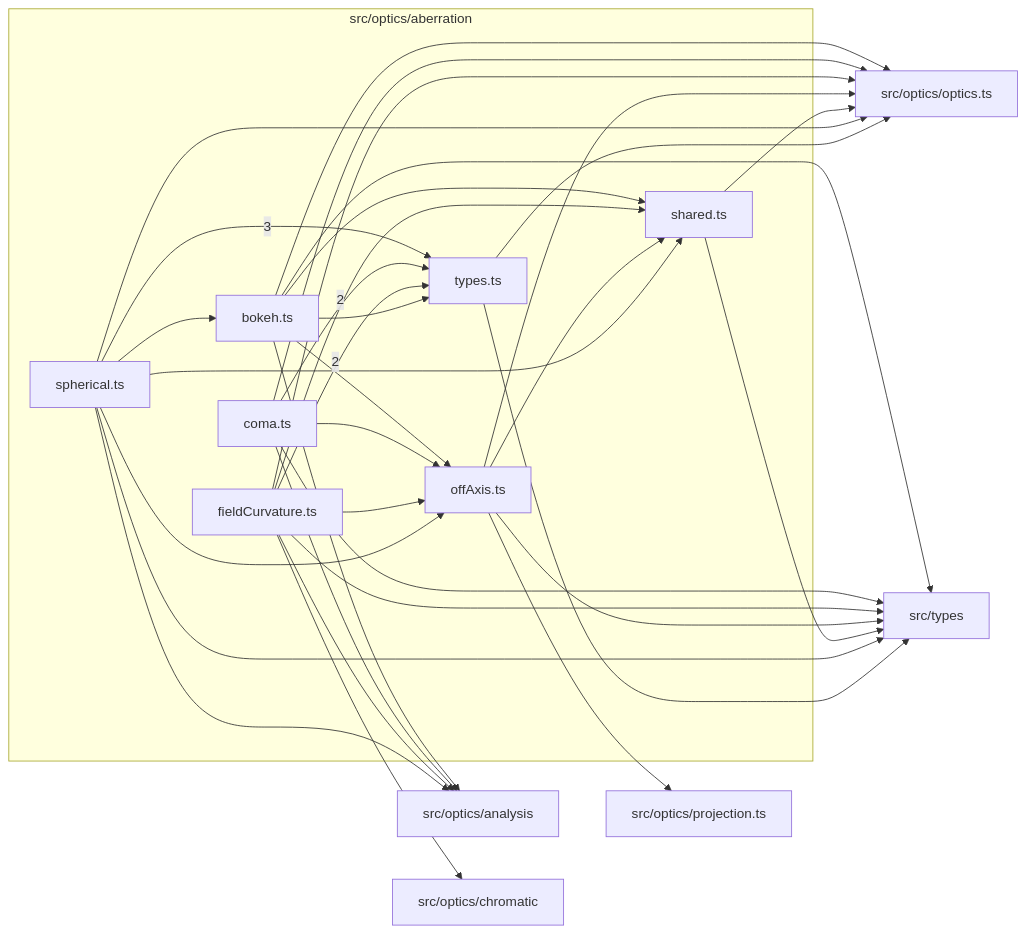
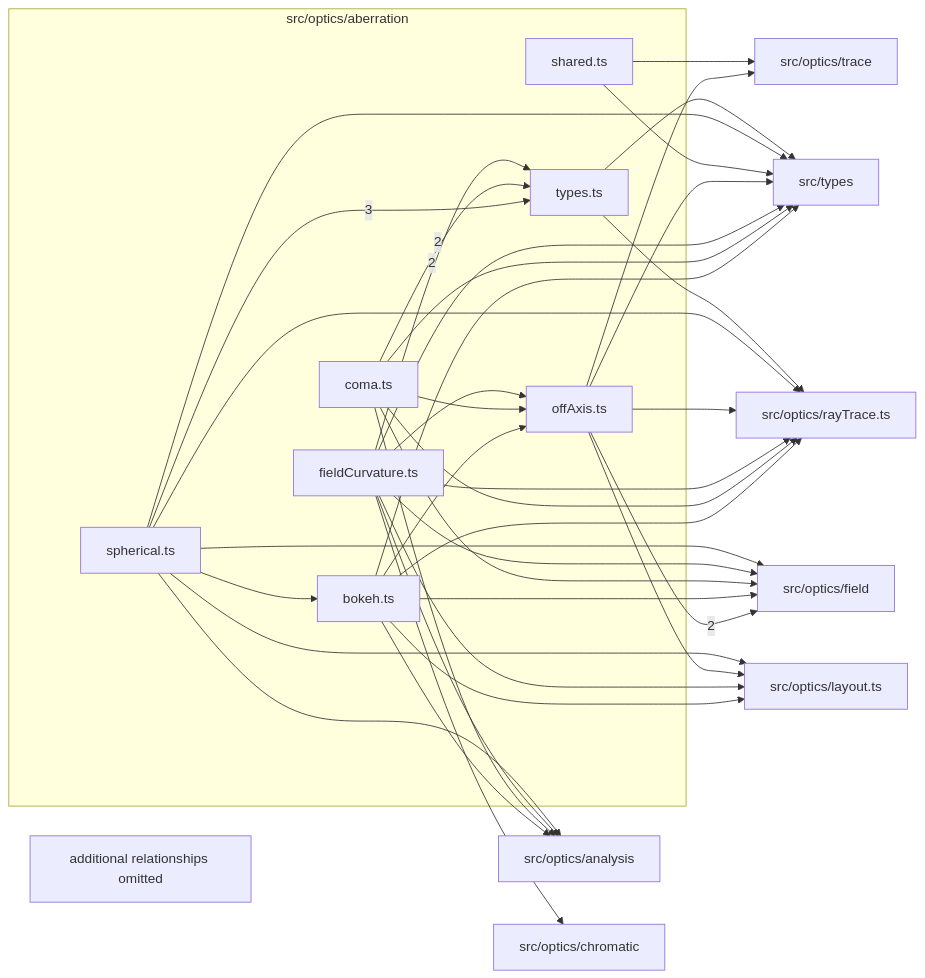
Before and after one commit to ronbuening/LensVisualizer: the diagram in src/optics/aberration/readme.md, drawn with Mermaid. The commit also changed other lines of this file and 7 other files, not shown here.

````diff
--- a/src/optics/aberration/readme.md
+++ b/src/optics/aberration/readme.md
@@ -9,50 +9,56 @@
 ```mermaid
 flowchart LR
   subgraph n_src_optics_aberration["src/optics/aberration"]
     n_src_optics_aberration_src_optics_aberration_bokeh_ts["bokeh.ts"]
     n_src_optics_aberration_src_optics_aberration_coma_ts["coma.ts"]
     n_src_optics_aberration_src_optics_aberration_fieldCurvature_ts["fieldCurvature.ts"]
     n_src_optics_aberration_src_optics_aberration_offAxis_ts["offAxis.ts"]
     n_src_optics_aberration_src_optics_aberration_shared_ts["shared.ts"]
     n_src_optics_aberration_src_optics_aberration_spherical_ts["spherical.ts"]
     n_src_optics_aberration_src_optics_aberration_types_ts["types.ts"]
   end
+  n_external_src_optics_field["src/optics/field"]
   n_external_src_optics_analysis["src/optics/analysis"]
   n_external_src_optics_chromatic["src/optics/chromatic"]
-  n_external_src_optics_optics_ts["src/optics/optics.ts"]
-  n_external_src_optics_projection_ts["src/optics/projection.ts"]
+  n_external_src_optics_layout_ts["src/optics/layout.ts"]
+  n_external_src_optics_rayTrace_ts["src/optics/rayTrace.ts"]
+  n_external_src_optics_trace["src/optics/trace"]
   n_external_src_types["src/types"]
   n_src_optics_aberration_src_optics_aberration_spherical_ts --> |3| n_src_optics_aberration_src_optics_aberration_types_ts
+  n_src_optics_aberration_src_optics_aberration_offAxis_ts --> |2| n_external_src_optics_field
   n_src_optics_aberration_src_optics_aberration_coma_ts --> |2| n_src_optics_aberration_src_optics_aberration_types_ts
   n_src_optics_aberration_src_optics_aberration_fieldCurvature_ts --> |2| n_src_optics_aberration_src_optics_aberration_types_ts
   n_src_optics_aberration_src_optics_aberration_bokeh_ts --> n_external_src_optics_analysis
   n_src_optics_aberration_src_optics_aberration_coma_ts --> n_external_src_optics_analysis
   n_src_optics_aberration_src_optics_aberration_fieldCurvature_ts --> n_external_src_optics_analysis
   n_src_optics_aberration_src_optics_aberration_spherical_ts --> n_external_src_optics_analysis
   n_src_optics_aberration_src_optics_aberration_fieldCurvature_ts --> n_external_src_optics_chromatic
-  n_src_optics_aberration_src_optics_aberration_bokeh_ts --> n_external_src_optics_optics_ts
-  n_src_optics_aberration_src_optics_aberration_coma_ts --> n_external_src_optics_optics_ts
-  n_src_optics_aberration_src_optics_aberration_fieldCurvature_ts --> n_external_src_optics_optics_ts
-  n_src_optics_aberration_src_optics_aberration_offAxis_ts --> n_external_src_optics_optics_ts
-  n_src_optics_aberration_src_optics_aberration_shared_ts --> n_external_src_optics_optics_ts
-  n_src_optics_aberration_src_optics_aberration_spherical_ts --> n_external_src_optics_optics_ts
-  n_src_optics_aberration_src_optics_aberration_types_ts --> n_external_src_optics_optics_ts
-  n_src_optics_aberration_src_optics_aberration_offAxis_ts --> n_external_src_optics_projection_ts
+  n_src_optics_aberration_src_optics_aberration_bokeh_ts --> n_external_src_optics_field
+  n_src_optics_aberration_src_optics_aberration_coma_ts --> n_external_src_optics_field
+  n_src_optics_aberration_src_optics_aberration_fieldCurvature_ts --> n_external_src_optics_field
+  n_src_optics_aberration_src_optics_aberration_spherical_ts --> n_external_src_optics_field
+  n_src_optics_aberration_src_optics_aberration_bokeh_ts --> n_external_src_optics_layout_ts
+  n_src_optics_aberration_src_optics_aberration_fieldCurvature_ts --> n_external_src_optics_layout_ts
+  n_src_optics_aberration_src_optics_aberration_offAxis_ts --> n_external_src_optics_layout_ts
+  n_src_optics_aberration_src_optics_aberration_spherical_ts --> n_external_src_optics_layout_ts
+  n_src_optics_aberration_src_optics_aberration_bokeh_ts --> n_external_src_optics_rayTrace_ts
+  n_src_optics_aberration_src_optics_aberration_coma_ts --> n_external_src_optics_rayTrace_ts
+  n_src_optics_aberration_src_optics_aberration_fieldCurvature_ts --> n_external_src_optics_rayTrace_ts
+  n_src_optics_aberration_src_optics_aberration_offAxis_ts --> n_external_src_optics_rayTrace_ts
+  n_src_optics_aberration_src_optics_aberration_spherical_ts --> n_external_src_optics_rayTrace_ts
+  n_src_optics_aberration_src_optics_aberration_types_ts --> n_external_src_optics_rayTrace_ts
+  n_src_optics_aberration_src_optics_aberration_offAxis_ts --> n_external_src_optics_trace
+  n_src_optics_aberration_src_optics_aberration_shared_ts --> n_external_src_optics_trace
   n_src_optics_aberration_src_optics_aberration_bokeh_ts --> n_external_src_types
   n_src_optics_aberration_src_optics_aberration_coma_ts --> n_external_src_types
   n_src_optics_aberration_src_optics_aberration_fieldCurvature_ts --> n_external_src_types
   n_src_optics_aberration_src_optics_aberration_offAxis_ts --> n_external_src_types
   n_src_optics_aberration_src_optics_aberration_shared_ts --> n_external_src_types
   n_src_optics_aberration_src_optics_aberration_spherical_ts --> n_external_src_types
   n_src_optics_aberration_src_optics_aberration_types_ts --> n_external_src_types
   n_src_optics_aberration_src_optics_aberration_spherical_ts --> n_src_optics_aberration_src_optics_aberration_bokeh_ts
   n_src_optics_aberration_src_optics_aberration_bokeh_ts --> n_src_optics_aberration_src_optics_aberration_offAxis_ts
   n_src_optics_aberration_src_optics_aberration_coma_ts --> n_src_optics_aberration_src_optics_aberration_offAxis_ts
   n_src_optics_aberration_src_optics_aberration_fieldCurvature_ts --> n_src_optics_aberration_src_optics_aberration_offAxis_ts
-  n_src_optics_aberration_src_optics_aberration_spherical_ts --> n_src_optics_aberration_src_optics_aberration_offAxis_ts
-  n_src_optics_aberration_src_optics_aberration_bokeh_ts --> n_src_optics_aberration_src_optics_aberration_shared_ts
-  n_src_optics_aberration_src_optics_aberration_fieldCurvature_ts --> n_src_optics_aberration_src_optics_aberration_shared_ts
-  n_src_optics_aberration_src_optics_aberration_offAxis_ts --> n_src_optics_aberration_src_optics_aberration_shared_ts
-  n_src_optics_aberration_src_optics_aberration_spherical_ts --> n_src_optics_aberration_src_optics_aberration_shared_ts
-  n_src_optics_aberration_src_optics_aberration_bokeh_ts --> n_src_optics_aberration_src_optics_aberration_types_ts
+  n_src_optics_aberration_truncated["additional relationships omitted"]
 ```
````
